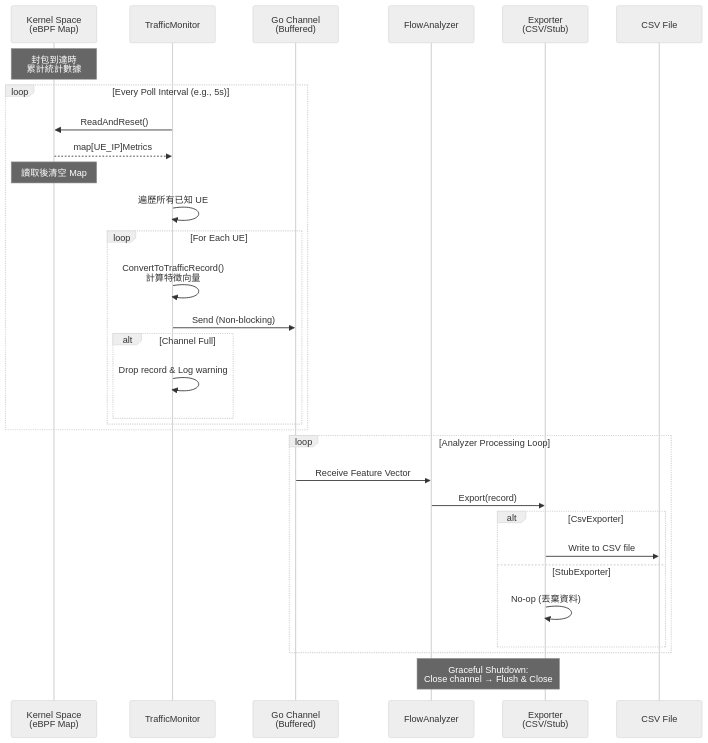
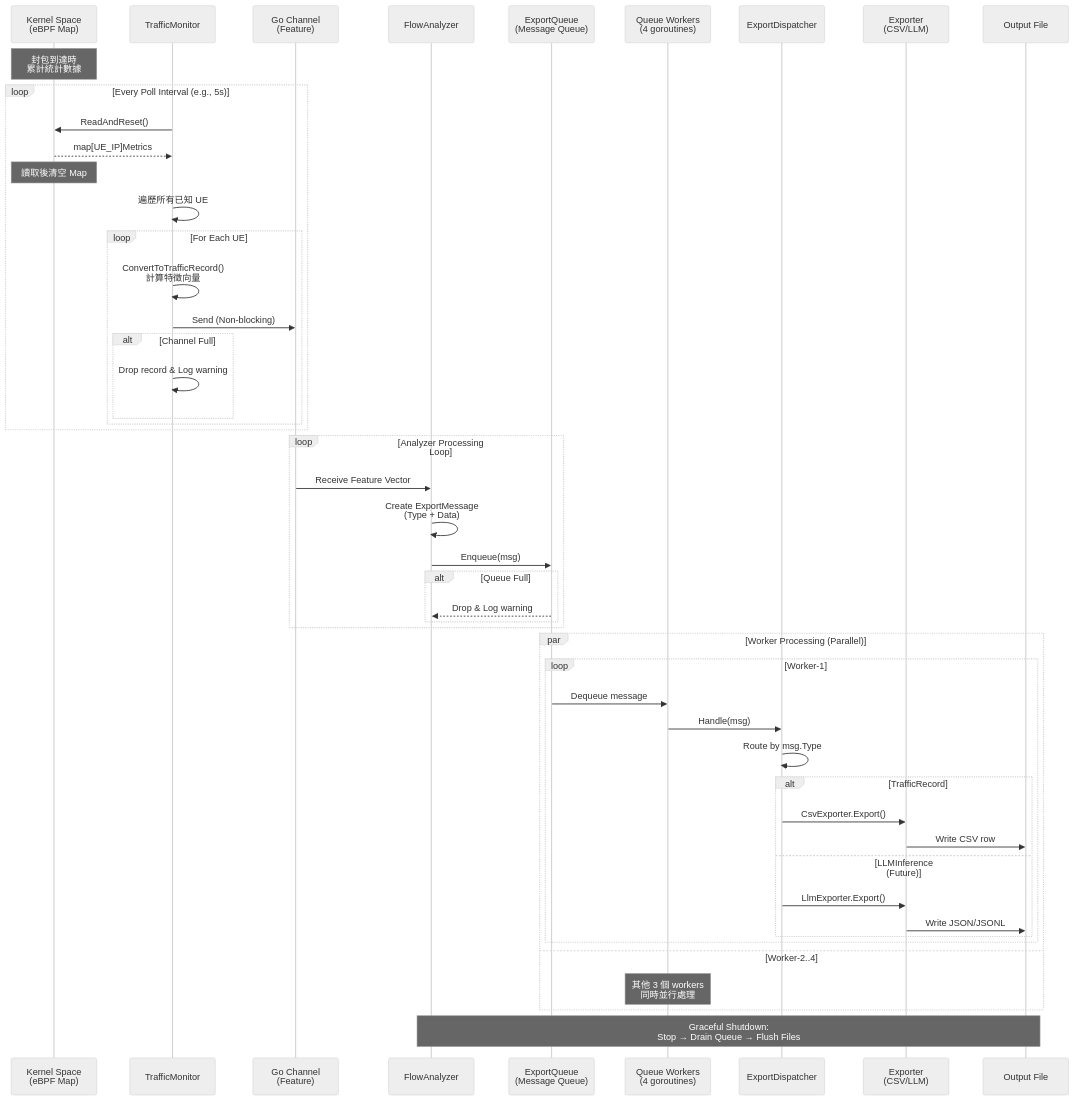
Before and after one commit to ian-cs12-NYCU/AnLF: the second of 8 diagrams in docs/architecture.md, drawn with Mermaid. The commit also changed other lines of this file and 7 other files, not shown here.

Commit message:
feat: Add Export Message Queue with Dispatcher

````diff
--- a/docs/architecture.md
+++ b/docs/architecture.md
@@ -66,42 +74,62 @@
 ```mermaid
 %%{init: {'theme':'neutral'}}%%
 sequenceDiagram
     participant K as Kernel Space<br/>(eBPF Map)
     participant M as TrafficMonitor
-    participant C as Go Channel<br/>(Buffered)
+    participant C as Go Channel<br/>(Feature)
     participant A as FlowAnalyzer
-    participant E as Exporter<br/>(CSV/Stub)
-    participant F as CSV File
+    participant Q as ExportQueue<br/>(Message Queue)
+    participant W as Queue Workers<br/>(4 goroutines)
+    participant D as ExportDispatcher
+    participant E as Exporter<br/>(CSV/LLM)
+    participant F as Output File
     
     Note over K: 封包到達時<br/>累計統計數據
     
     loop Every Poll Interval (e.g., 5s)
         M->>K: ReadAndReset()
         K-->>M: map[UE_IP]Metrics
         Note over K: 讀取後清空 Map
         
         M->>M: 遍歷所有已知 UE
         
         loop For Each UE
             M->>M: ConvertToTrafficRecord()<br/>計算特徵向量
             M->>C: Send (Non-blocking)
             
             alt Channel Full
                 M->>M: Drop record & Log warning
             end
         end
     end
     
     loop Analyzer Processing Loop
         C->>A: Receive Feature Vector
-        A->>E: Export(record)
+        A->>A: Create ExportMessage<br/>(Type + Data)
+        A->>Q: Enqueue(msg)
         
-        alt CsvExporter
-            E->>F: Write to CSV file
-        else StubExporter
-            E->>E: No-op (丟棄資料)
+        alt Queue Full
+            Q-->>A: Drop & Log warning
         end
     end
     
-    Note over A,E: Graceful Shutdown:<br/>Close channel → Flush & Close
+    par Worker Processing (Parallel)
+        loop Worker-1
+            Q->>W: Dequeue message
+            W->>D: Handle(msg)
+            D->>D: Route by msg.Type
+            
+            alt TrafficRecord
+                D->>E: CsvExporter.Export()
+                E->>F: Write CSV row
+            else LLMInference (Future)
+                D->>E: LlmExporter.Export()
+                E->>F: Write JSON/JSONL
+            end
+        end
+    and Worker-2..4
+        Note over W: 其他 3 個 workers<br/>同時並行處理
+    end
+    
+    Note over A,F: Graceful Shutdown:<br/>Stop → Drain Queue → Flush Files
 ```
````
